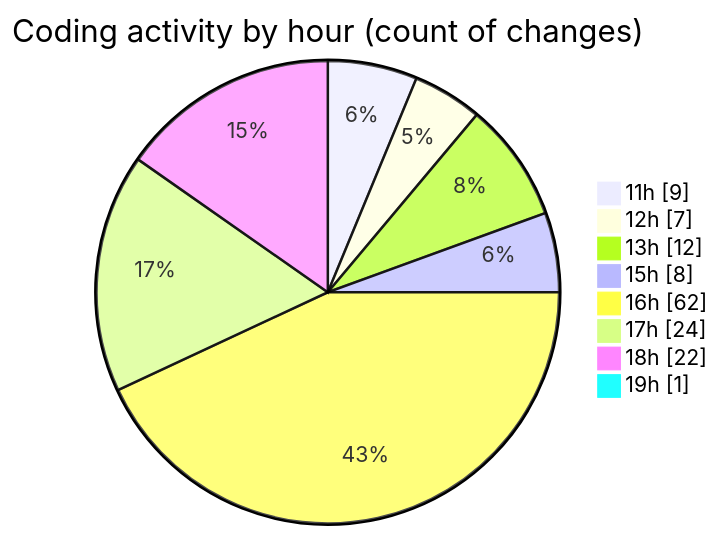
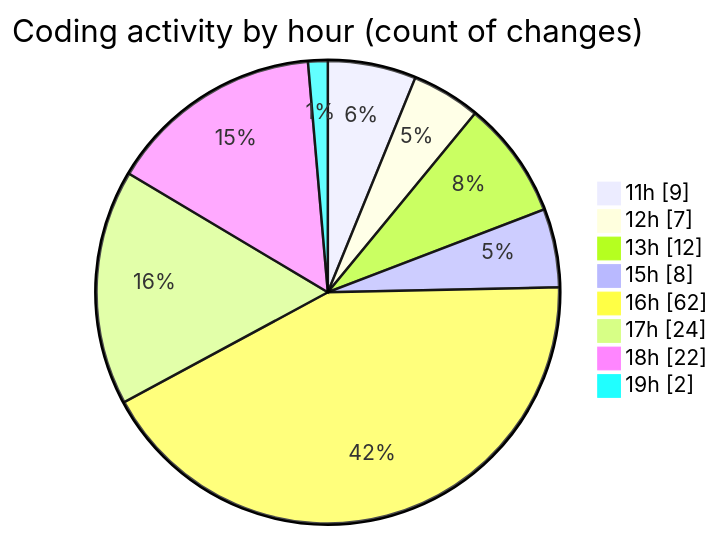
Before and after one commit to EIIisD/code-tracking: the second of 2 diagrams in 2025-08-07/ribbon/README.md, drawn with Mermaid. The commit also changed other lines of this file and 1 other file, not shown here.

````diff
--- a/2025-08-07/ribbon/README.md
+++ b/2025-08-07/ribbon/README.md
@@ -49,12 +49,12 @@
 ```mermaid
 pie showData
 title Coding activity by hour (count of changes)
 "11h" : 9
 "12h" : 7
 "13h" : 12
 "15h" : 8
 "16h" : 62
 "17h" : 24
 "18h" : 22
-"19h" : 1
+"19h" : 2
 ```
````
